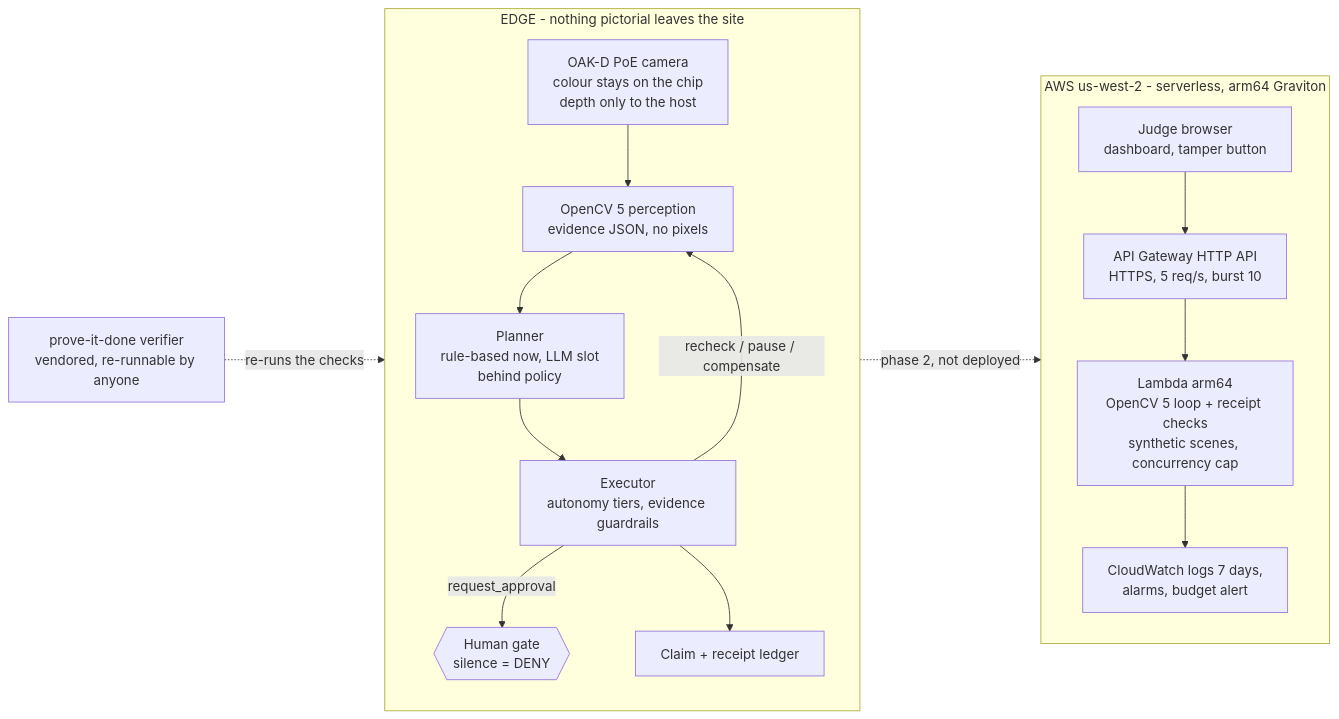
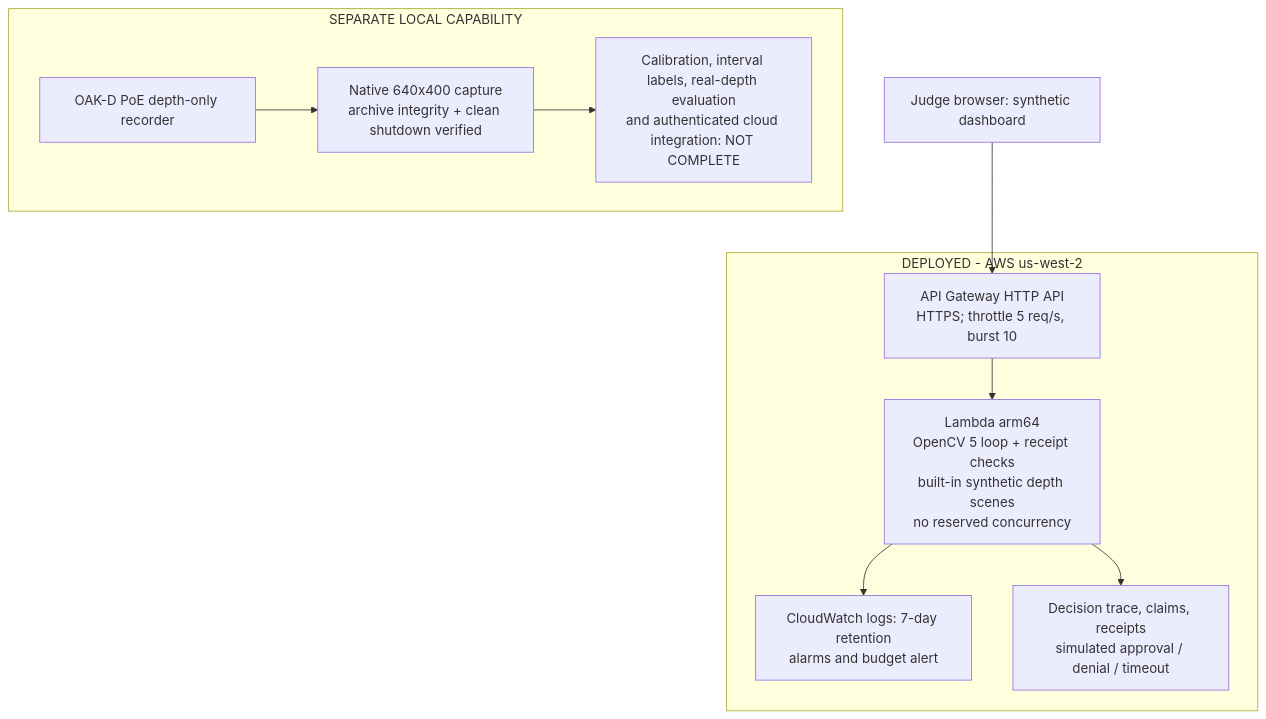
Before and after one commit to cloudlabworks/guetteur: the diagram in docs/report/diagrams/architecture.mmd, drawn with Mermaid. The commit also changed 10 other files, not shown here.

```diff
--- a/docs/report/diagrams/architecture.mmd
+++ b/docs/report/diagrams/architecture.mmd
@@ -1,25 +1,11 @@
-flowchart LR
-  subgraph EDGE["EDGE - nothing pictorial leaves the site"]
-    direction TB
-    CAM["OAK-D PoE camera<br/>colour stays on the chip<br/>depth only to the host"]
-    PERC["OpenCV 5 perception<br/>evidence JSON, no pixels"]
-    PLAN["Planner<br/>rule-based now, LLM slot<br/>behind policy"]
-    EXEC["Executor<br/>autonomy tiers, evidence guardrails"]
-    GATE{{"Human gate<br/>silence = DENY"}}
-    CLM["Claim + receipt ledger"]
-    CAM --> PERC --> PLAN --> EXEC
-    EXEC -->|"recheck / pause / compensate"| PERC
-    EXEC -->|"request_approval"| GATE
-    EXEC --> CLM
+flowchart TB
+  JUDGE["Judge browser: synthetic dashboard"] --> API["API Gateway HTTP API<br/>HTTPS; throttle 5 req/s, burst 10"]
+  subgraph AWS["DEPLOYED - AWS us-west-2"]
+    API --> LAM["Lambda arm64<br/>OpenCV 5 loop + receipt checks<br/>built-in synthetic depth scenes<br/>no reserved concurrency"]
+    LAM --> LOG["CloudWatch logs: 7-day retention<br/>alarms and budget alert"]
+    LAM --> OUT["Decision trace, claims, receipts<br/>simulated approval / denial / timeout"]
   end
-  subgraph AWS["AWS us-west-2 - serverless, arm64 Graviton"]
-    direction TB
-    JUDGE["Judge browser<br/>dashboard, tamper button"]
-    APIGW["API Gateway HTTP API<br/>HTTPS, 5 req/s, burst 10"]
-    LAM["Lambda arm64<br/>OpenCV 5 loop + receipt checks<br/>synthetic scenes, concurrency cap"]
-    CW["CloudWatch logs 7 days,<br/>alarms, budget alert"]
-    JUDGE --> APIGW --> LAM --> CW
+  subgraph LOCAL["SEPARATE LOCAL CAPABILITY"]
+    CAM["OAK-D PoE depth-only recorder"] --> CAP["Native 640x400 capture<br/>archive integrity + clean shutdown verified"]
+    CAP --> TODO["Calibration, interval labels, real-depth evaluation<br/>and authenticated cloud integration: NOT COMPLETE"]
   end
-  VER["prove-it-done verifier<br/>vendored, re-runnable by anyone"]
-  VER -. "re-runs the checks" .-> CLM
-  EDGE -. "phase 2, not deployed" .-> AWS
```
